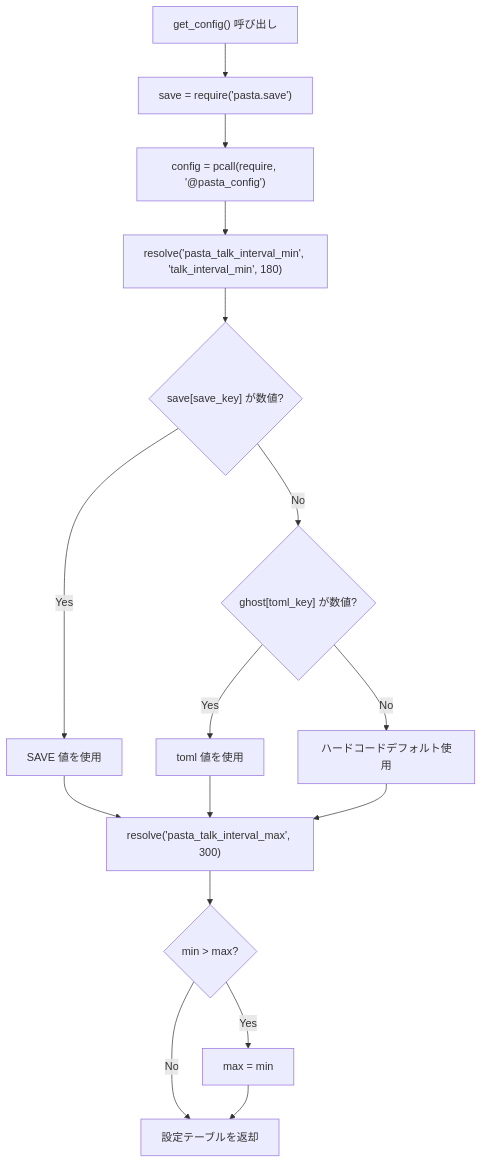
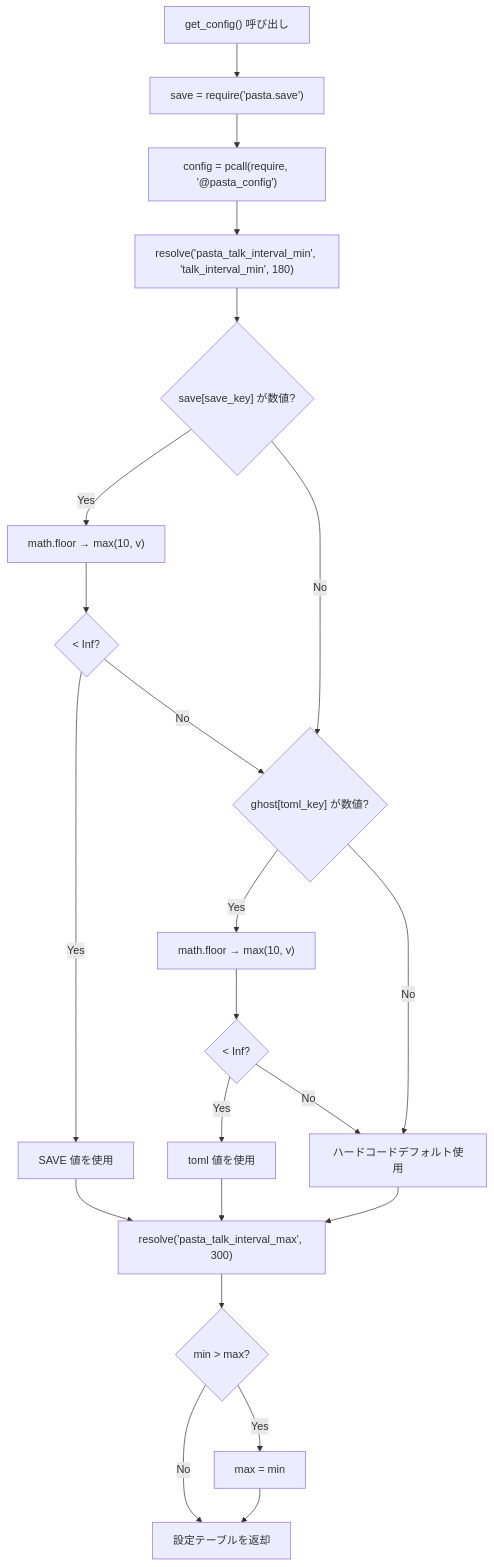
One commit to ekicyou/pasta changed the second of 3 diagrams in .kiro/specs/talk-frequency-persistence/design.md. Above: the diagram before and after it, drawn with Mermaid. The commit also changed other lines of this file, not shown here.

````diff
--- a/.kiro/specs/talk-frequency-persistence/design.md
+++ b/.kiro/specs/talk-frequency-persistence/design.md
@@ -88,21 +88,27 @@
 ```mermaid
 flowchart TD
     START["get_config() 呼び出し"] --> LOAD_SAVE["save = require('pasta.save')"]
     LOAD_SAVE --> LOAD_TOML["config = pcall(require, '@pasta_config')"]
     LOAD_TOML --> RESOLVE_MIN["resolve('pasta_talk_interval_min', 'talk_interval_min', 180)"]
 
     RESOLVE_MIN --> CHECK_SAVE_MIN{"save[save_key] が数値?"}
-    CHECK_SAVE_MIN -->|Yes| USE_SAVE_MIN["SAVE 値を使用"]
+    CHECK_SAVE_MIN -->|Yes| FLOOR_SAVE["math.floor → max(10, v)"]
+    FLOOR_SAVE --> INF_CHECK_SAVE{"< Inf?"}
+    INF_CHECK_SAVE -->|Yes| USE_SAVE_MIN["SAVE 値を使用"]
+    INF_CHECK_SAVE -->|No| CHECK_TOML_MIN
     CHECK_SAVE_MIN -->|No| CHECK_TOML_MIN{"ghost[toml_key] が数値?"}
-    CHECK_TOML_MIN -->|Yes| USE_TOML_MIN["toml 値を使用"]
+    CHECK_TOML_MIN -->|Yes| FLOOR_TOML["math.floor → max(10, v)"]
+    FLOOR_TOML --> INF_CHECK_TOML{"< Inf?"}
+    INF_CHECK_TOML -->|Yes| USE_TOML_MIN["toml 値を使用"]
+    INF_CHECK_TOML -->|No| USE_DEFAULT_MIN
     CHECK_TOML_MIN -->|No| USE_DEFAULT_MIN["ハードコードデフォルト使用"]
 
     USE_SAVE_MIN --> RESOLVE_MAX["resolve('pasta_talk_interval_max', 300)"]
     USE_TOML_MIN --> RESOLVE_MAX
     USE_DEFAULT_MIN --> RESOLVE_MAX
 
     RESOLVE_MAX --> VALIDATE{"min > max?"}
     VALIDATE -->|Yes| CLAMP["max = min"]
     VALIDATE -->|No| RETURN["設定テーブルを返却"]
     CLAMP --> RETURN
 ```
````
